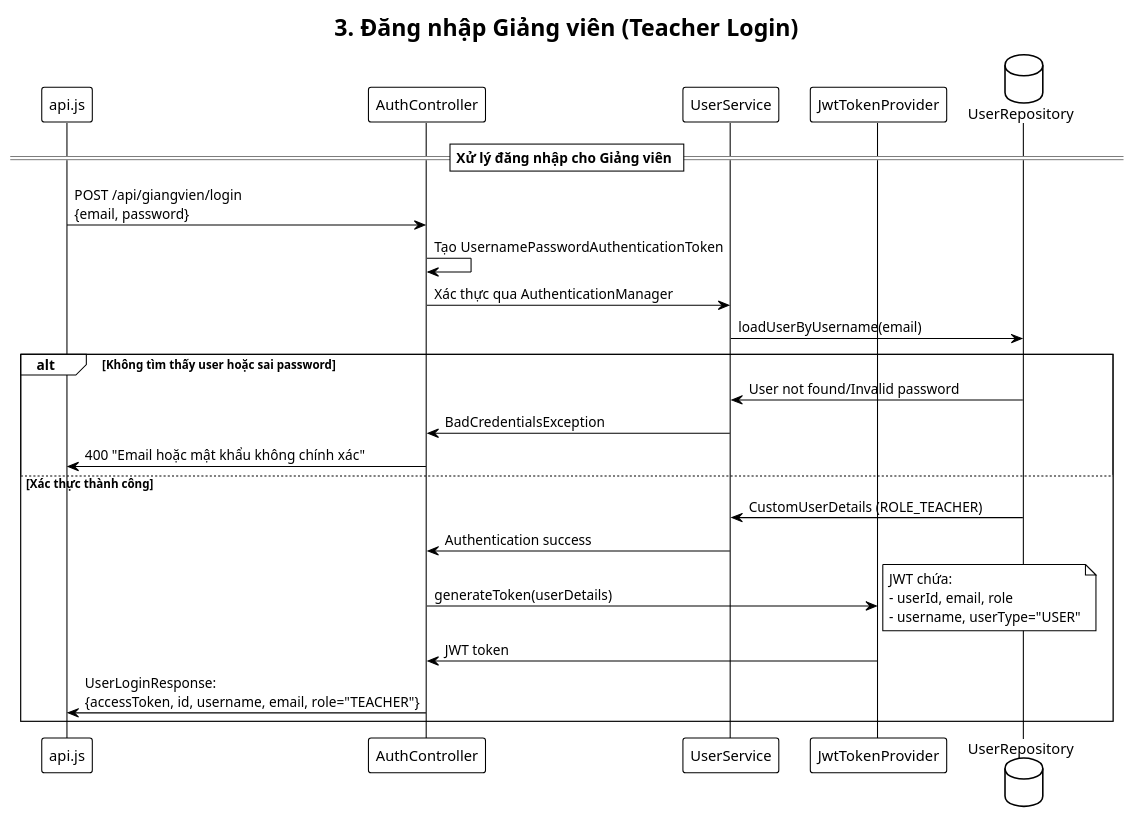
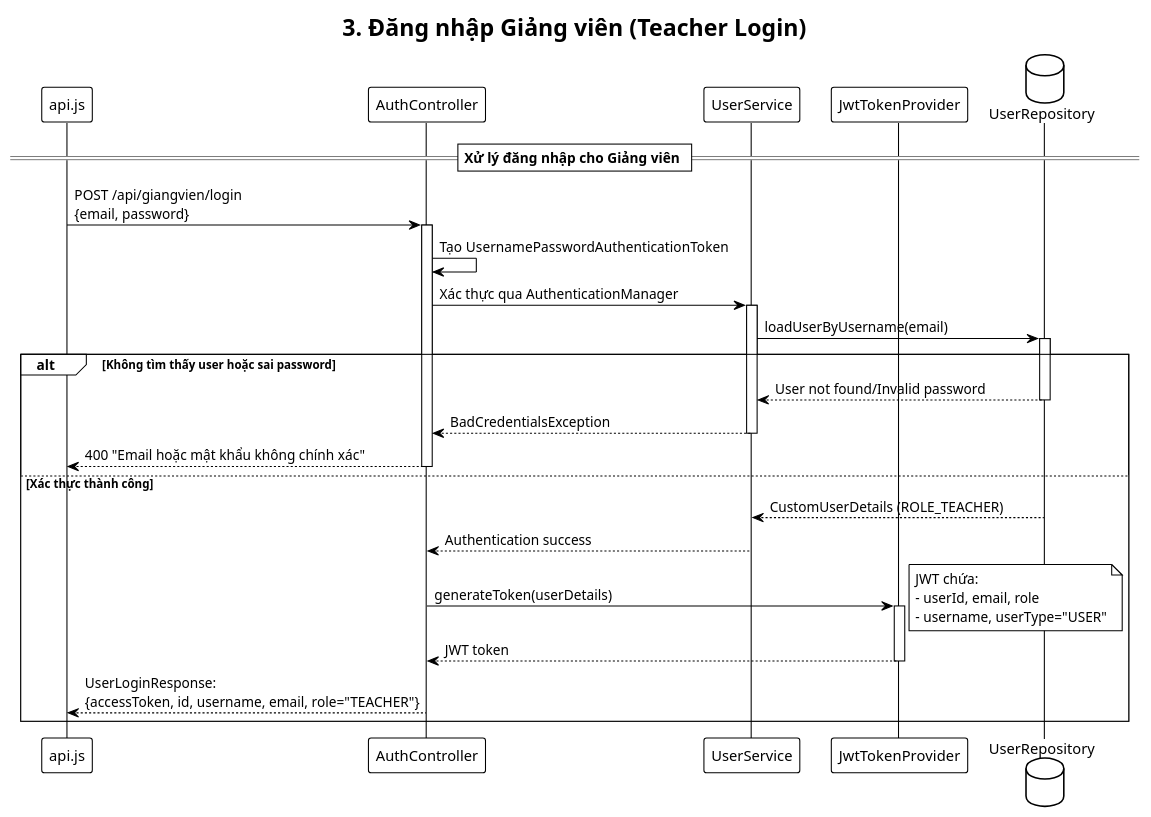
Before and after one commit to truong-backend/He-Thong-Diem-Danh-STU: the diagram in src/main/java/vn/diemdanh/hethong/UML/XuLy/DanhNhap_XacThuc_PhanQuyen/BE_XacThucGiangVien.puml, drawn with PlantUML. The commit also changed 31 other files, not shown here.

Commit message:
Sequence quản lý tài khoản quản trị viên

```diff
--- a/src/main/java/vn/diemdanh/hethong/UML/XuLy/DanhNhap_XacThuc_PhanQuyen/BE_XacThucGiangVien.puml
+++ b/src/main/java/vn/diemdanh/hethong/UML/XuLy/DanhNhap_XacThuc_PhanQuyen/BE_XacThucGiangVien.puml
@@ -1,32 +1,47 @@
 @startuml
 !theme plain
 title 3. Đăng nhập Giảng viên (Teacher Login)
 
 participant "api.js" as API
 participant "AuthController" as AUTH
 participant "UserService" as US
 participant "JwtTokenProvider" as JWT
 database "UserRepository" as UR
 
 == Xử lý đăng nhập cho Giảng viên ==
 
 API -> AUTH: POST /api/giangvien/login\n{email, password}
+activate AUTH
 
 AUTH -> AUTH: Tạo UsernamePasswordAuthenticationToken
 AUTH -> US: Xác thực qua AuthenticationManager
+activate US
+
 US -> UR: loadUserByUsername(email)
+activate UR
 
 alt Không tìm thấy user hoặc sai password
-    UR -> US: User not found/Invalid password
-    US -> AUTH: BadCredentialsException
-    AUTH -> API: 400 "Email hoặc mật khẩu không chính xác"
+    UR --> US: User not found/Invalid password
+    deactivate UR
+    US --> AUTH: BadCredentialsException
+    deactivate US
+    AUTH --> API: 400 "Email hoặc mật khẩu không chính xác"
+    deactivate AUTH
 else Xác thực thành công
-    UR -> US: CustomUserDetails (ROLE_TEACHER)
-    US -> AUTH: Authentication success
+    UR --> US: CustomUserDetails (ROLE_TEACHER)
+    deactivate UR
+
+    US --> AUTH: Authentication success
+    deactivate US
+
     AUTH -> JWT: generateToken(userDetails)
+    activate JWT
     note right: JWT chứa:\n- userId, email, role\n- username, userType="USER"
-    JWT -> AUTH: JWT token
-    AUTH -> API: UserLoginResponse:\n{accessToken, id, username, email, role="TEACHER"}
+    JWT --> AUTH: JWT token
+    deactivate JWT
+
+    AUTH --> API: UserLoginResponse:\n{accessToken, id, username, email, role="TEACHER"}
+    deactivate AUTH
 end
 
 @enduml
```
